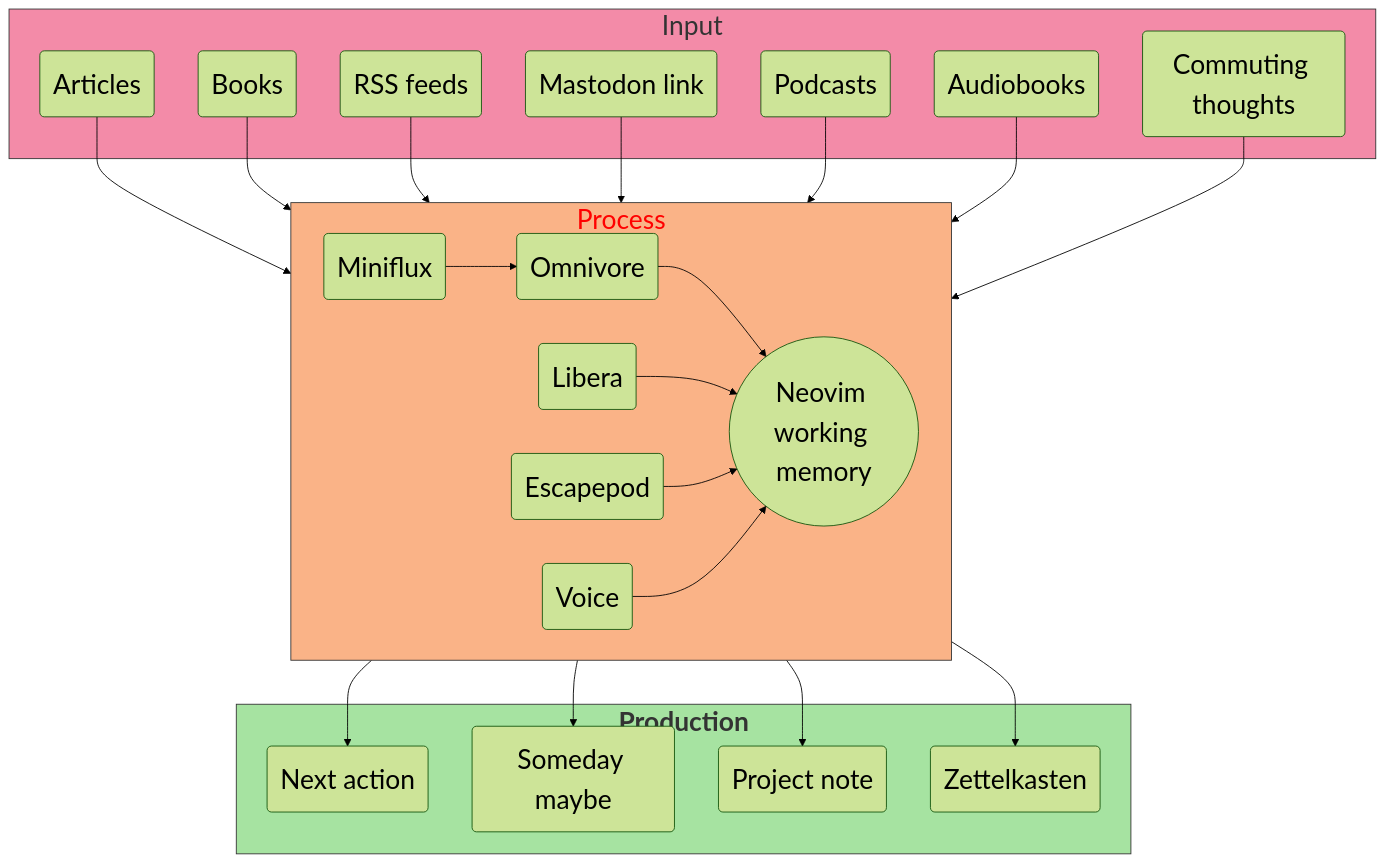
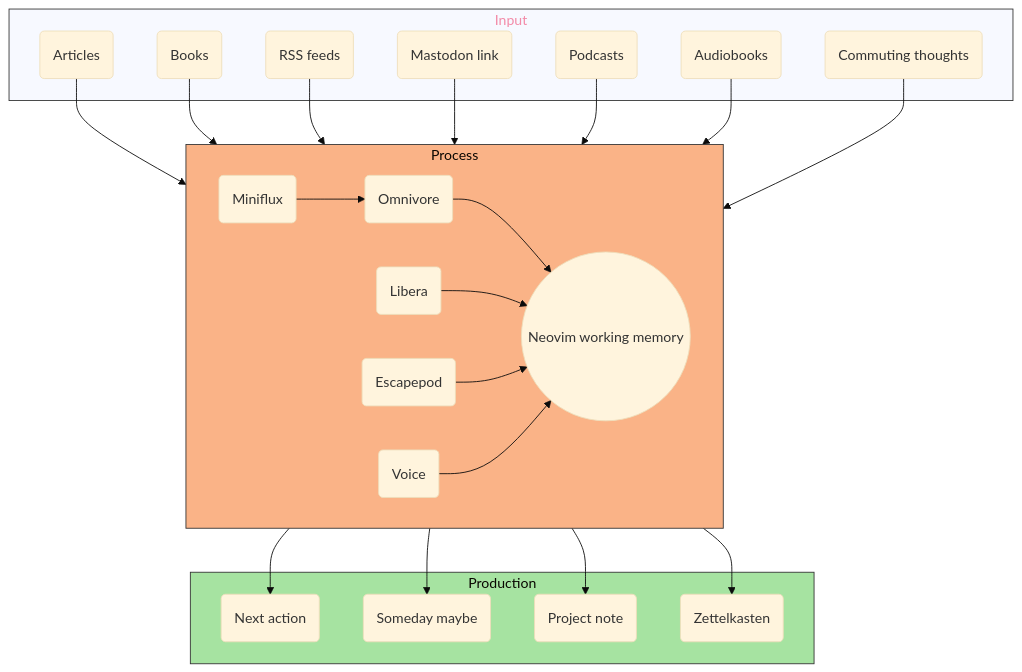
The diagram in blog/pkm.qmd (Mackrics/pages), drawn with Mermaid before and after one commit. The commit also changed 3 other files, not shown here.

Commit message:
wrap code and update mermaid theme

````diff
--- a/blog/pkm.qmd
+++ b/blog/pkm.qmd
@@ -77,47 +77,45 @@
 ```{mermaid}
 %%| fig-align: center
 
-%%{init: {'theme': 'base', 'themeVariables': { 'fontSize': '30px'}}}%%
-%%{init: {"flowchart": {"htmlLabels": false}} }%%
+%%{init: {'theme': 'base', 'themeVariables': { 'fontSize': '1rem'}}}%%
 
 flowchart TD
 subgraph Input
     style Input margin-top: 10
     A(Articles)
     B(Books)
     P(Podcasts)
     R(RSS feeds)
     AB(Audiobooks)
     C(Commuting thoughts)
     S(Mastodon link)
   end
   subgraph Process
     direction LR
-    %%{init:{'theme':'forest'}}%%
     A  --> O(Omnivore)
     B  --> L(Libera)
     R  --> M(Miniflux)
     M  --> O
     S  --> O
     P  --> E(Escapepod)
     AB --> V(Voice)
     O --> N((Neovim working memory))
     C --> N
     L --> N
     E --> N
     V --> N
   end
-  subgraph Production["`**Production**`"]
+  subgraph Production["Production"]
     N --> NA(Next action)
     N --> SM(Someday maybe)
     N --> PRO(Project note)
     N --> ZK(Zettelkasten)
   end
-  classDef Process fill:#fab387,stroke:#333, color: red
+  classDef Process fill:#fab387,size:20px,stroke:#333
   class Process Process;
   classDef Production fill:#a6e3a1,stroke:#333
   class Production Production;
-  classDef Input fill:#f38ba8,stroke:#333
+  classDef Input color:#f38ba8,padding-top:20em,stroke:#333
   class Input Input;
 
 ```
````
